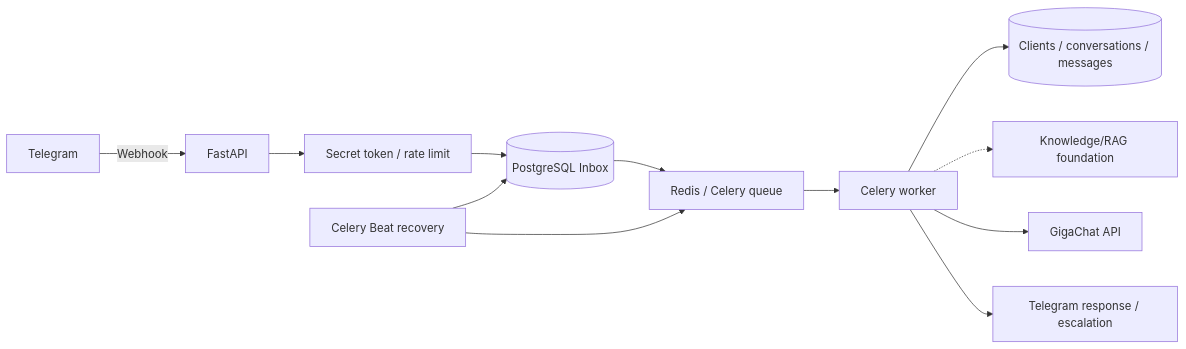
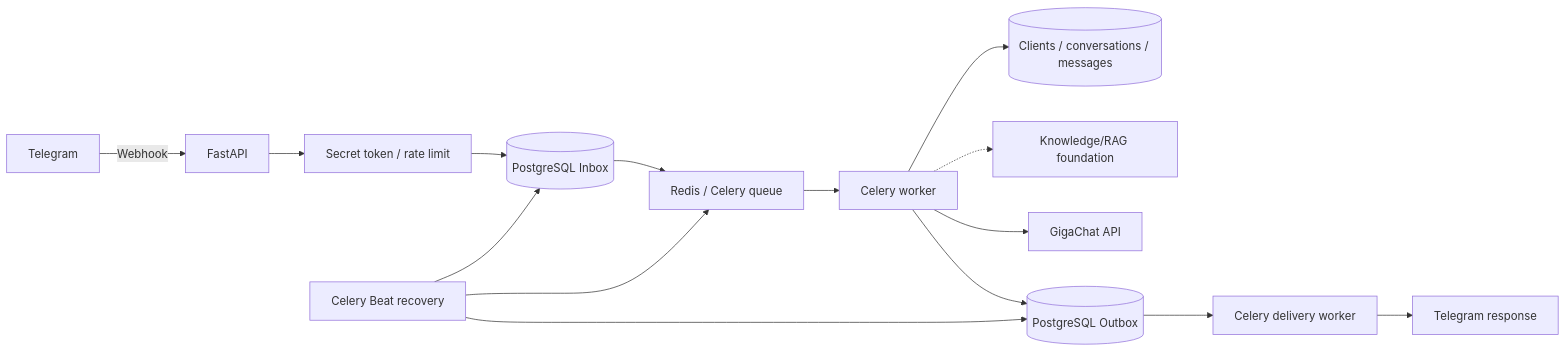
One commit to bsekinaev/tattotoyou changed the diagram in README.md. Above: the diagram before and after it, drawn with Mermaid. The commit also changed other lines of this file and 25 other files, not shown here.

````diff
--- a/README.md
+++ b/README.md
@@ -45,14 +47,17 @@
 ```mermaid
 flowchart LR
     TG[Telegram] -->|Webhook| API[FastAPI]
     API --> SEC[Secret token / rate limit]
     SEC --> INBOX[(PostgreSQL Inbox)]
     INBOX --> Q[Redis / Celery queue]
     BEAT[Celery Beat recovery] --> INBOX
     BEAT --> Q
     Q --> W[Celery worker]
     W --> DB[(Clients / conversations / messages)]
     W -.-> RAG[Knowledge/RAG foundation]
     W --> AI[GigaChat API]
-    W --> OUT[Telegram response / escalation]
+    W --> OUTBOX[(PostgreSQL Outbox)]
+    BEAT --> OUTBOX
+    OUTBOX --> SENDER[Celery delivery worker]
+    SENDER --> OUT[Telegram response]
 ```
````
